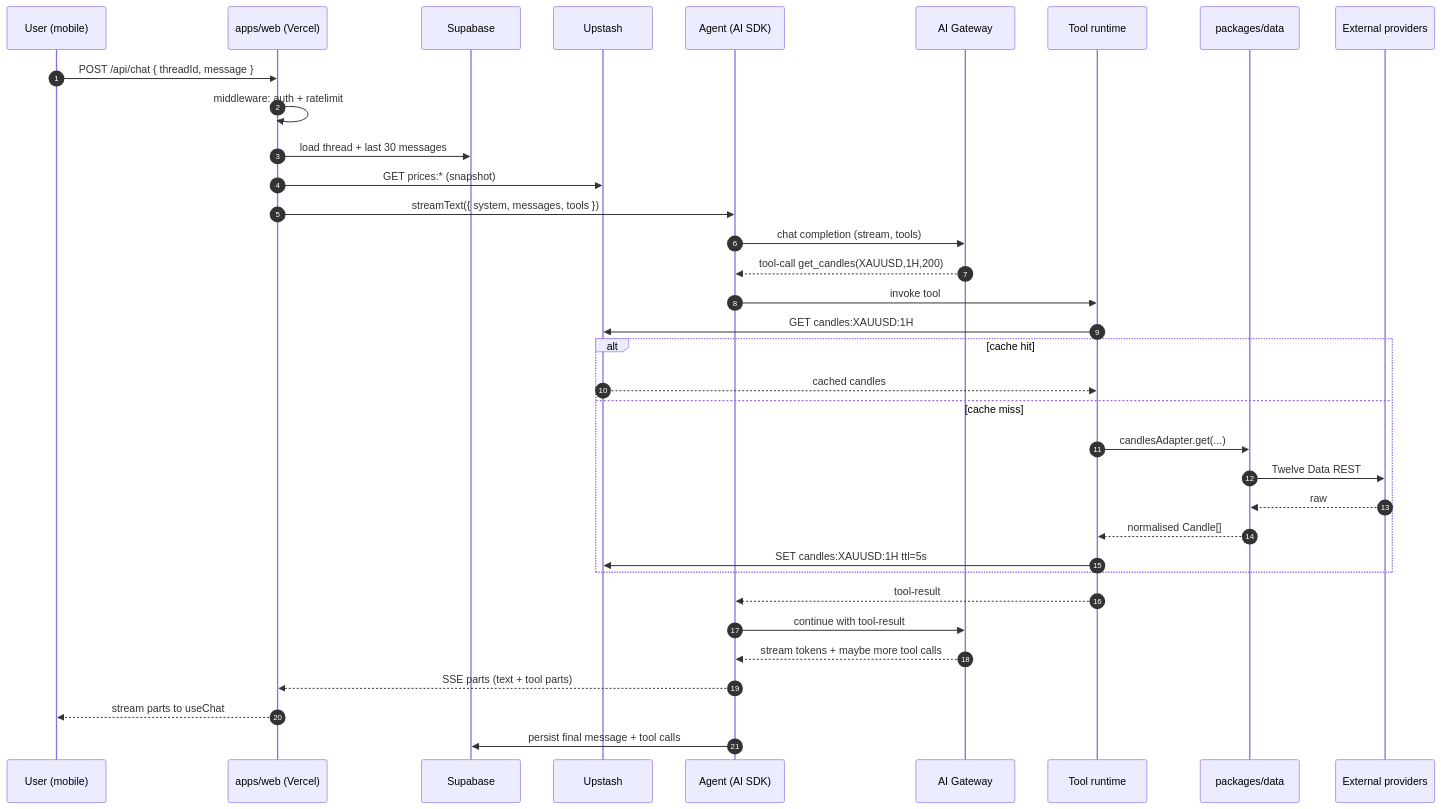
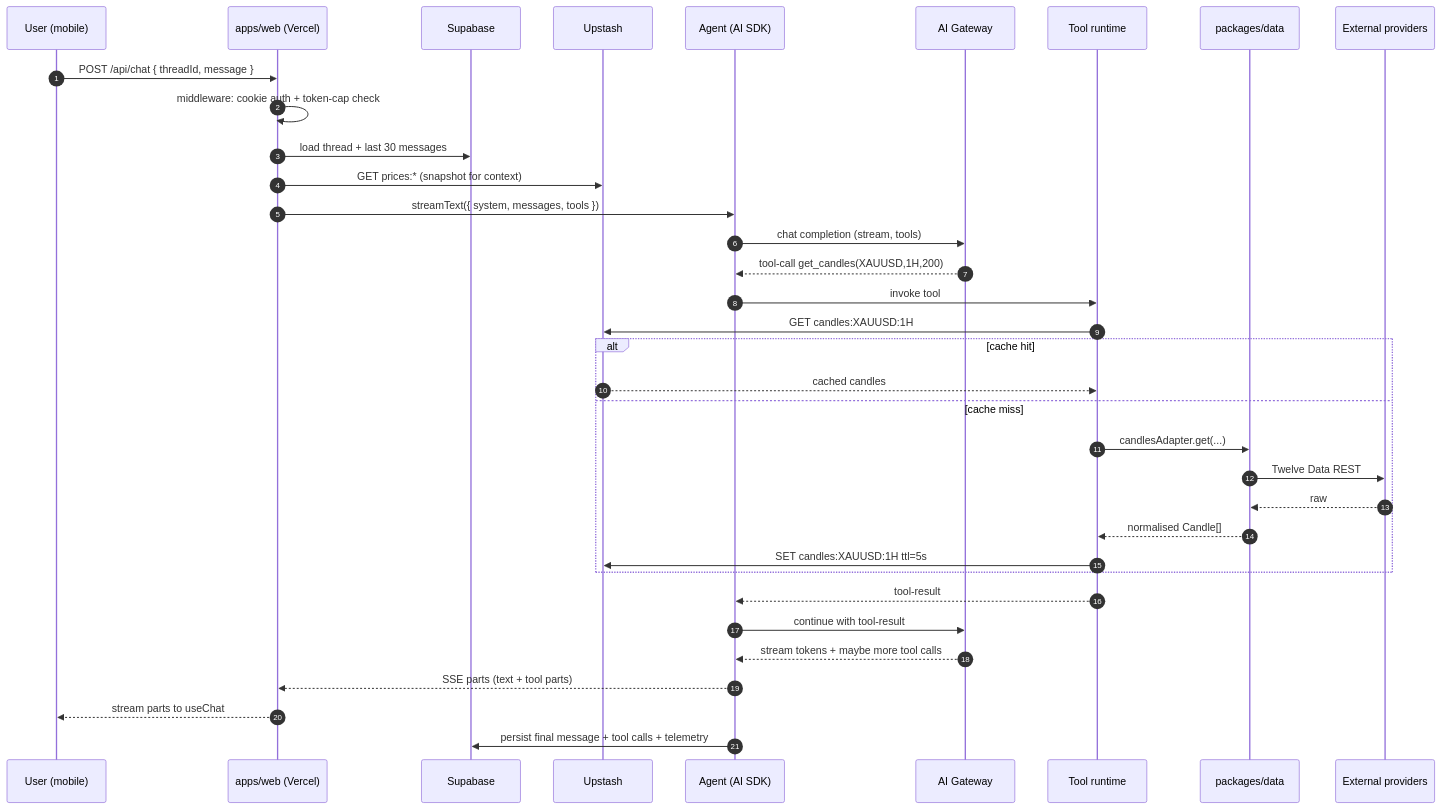
One commit to HamaFx/HamaFX-Ai changed the first of 10 diagrams in docs/13-data-flow.md. Above: the diagram before and after it, drawn with Mermaid. The commit also changed other lines of this file and 17 other files, not shown here.

````diff
--- a/docs/13-data-flow.md
+++ b/docs/13-data-flow.md
@@ -7,38 +9,38 @@
 ```mermaid
 sequenceDiagram
     autonumber
     participant U as User (mobile)
     participant W as apps/web (Vercel)
     participant DB as Supabase
     participant R as Upstash
     participant A as Agent (AI SDK)
     participant G as AI Gateway
     participant T as Tool runtime
     participant DA as packages/data
     participant P as External providers
 
     U->>W: POST /api/chat { threadId, message }
-    W->>W: middleware: auth + ratelimit
+    W->>W: middleware: cookie auth + token-cap check
     W->>DB: load thread + last 30 messages
-    W->>R: GET prices:* (snapshot)
+    W->>R: GET prices:* (snapshot for context)
     W->>A: streamText({ system, messages, tools })
     A->>G: chat completion (stream, tools)
     G-->>A: tool-call get_candles(XAUUSD,1H,200)
     A->>T: invoke tool
     T->>R: GET candles:XAUUSD:1H
     alt cache hit
       R-->>T: cached candles
     else cache miss
       T->>DA: candlesAdapter.get(...)
       DA->>P: Twelve Data REST
       P-->>DA: raw
       DA-->>T: normalised Candle[]
       T->>R: SET candles:XAUUSD:1H ttl=5s
     end
     T-->>A: tool-result
     A->>G: continue with tool-result
     G-->>A: stream tokens + maybe more tool calls
     A-->>W: SSE parts (text + tool parts)
     W-->>U: stream parts to useChat
-    A->>DB: persist final message + tool calls
+    A->>DB: persist final message + tool calls + telemetry
 ```
````
